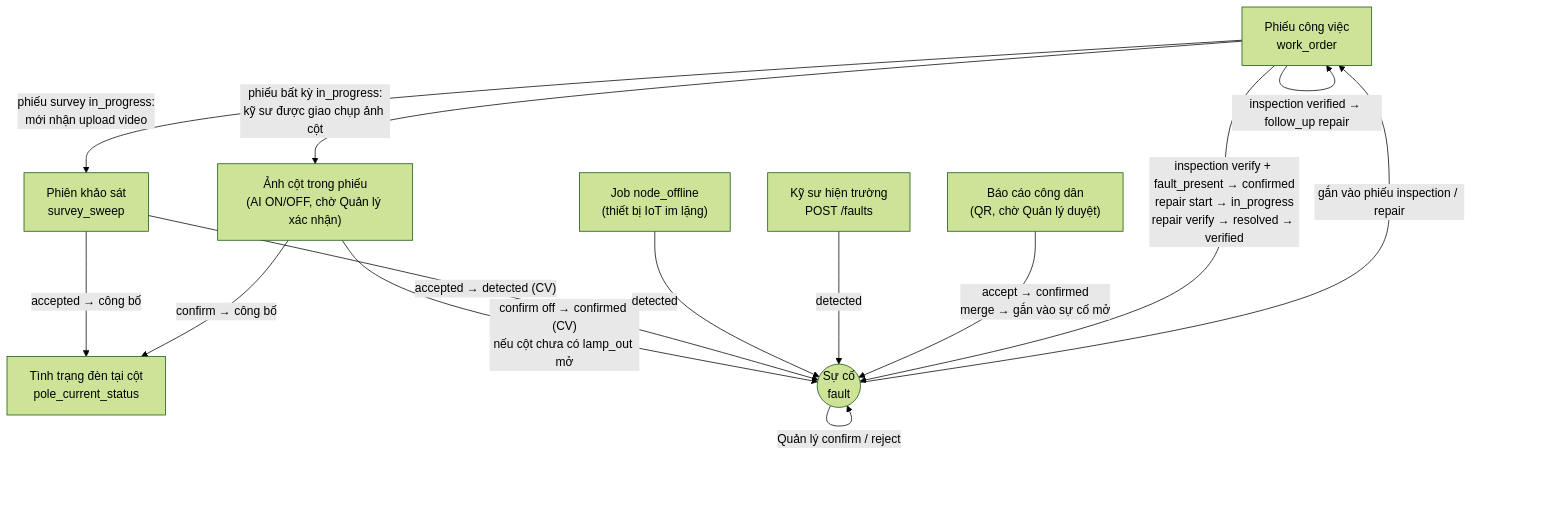
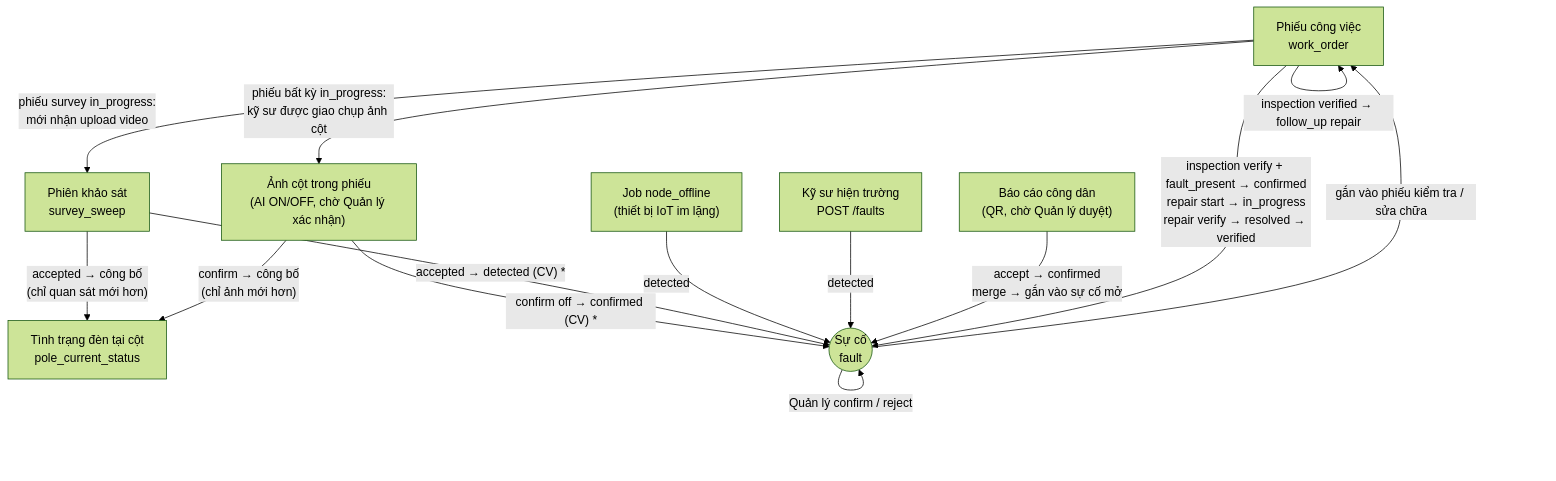
Before and after one commit to LuxMapLabs/luxmap_backend: the first of 14 diagrams in docs/state-machines.md, drawn with Mermaid (forest theme). The commit also changed other lines of this file and 1 other file, not shown here.

First line of the commit message:
docs(state-machines): re-check every diagram against the code, add fixture, relay mode and refresh token

````diff
--- a/docs/state-machines.md
+++ b/docs/state-machines.md
@@ -35,25 +44,25 @@
 ```mermaid
 flowchart TB
     WO["Phiếu công việc<br/>work_order"]
     SW["Phiên khảo sát<br/>survey_sweep"]
     IOT["Job node_offline<br/>(thiết bị IoT im lặng)"]
     FR["Kỹ sư hiện trường<br/>POST /faults"]
     CR["Báo cáo công dân<br/>(QR, chờ Quản lý duyệt)"]
     PP["Ảnh cột trong phiếu<br/>(AI ON/OFF, chờ Quản lý xác nhận)"]
     PCS["Tình trạng đèn tại cột<br/>pole_current_status"]
     F(("Sự cố<br/>fault"))
 
     WO -- "phiếu survey in_progress:<br/>mới nhận upload video" --> SW
     WO -- "phiếu bất kỳ in_progress:<br/>kỹ sư được giao chụp ảnh cột" --> PP
-    SW -- "accepted → công bố" --> PCS
-    PP -- "confirm → công bố" --> PCS
-    PP -- "confirm off → confirmed (CV)<br/>nếu cột chưa có lamp_out mở" --> F
-    SW -- "accepted → detected (CV)" --> F
+    SW -- "accepted → công bố<br/>(chỉ quan sát mới hơn)" --> PCS
+    PP -- "confirm → công bố<br/>(chỉ ảnh mới hơn)" --> PCS
+    PP -- "confirm off → confirmed (CV) *" --> F
+    SW -- "accepted → detected (CV) *" --> F
     IOT -- "detected" --> F
     FR -- "detected" --> F
     CR -- "accept → confirmed<br/>merge → gắn vào sự cố mở" --> F
     F -- "Quản lý confirm / reject" --> F
-    F -- "gắn vào phiếu inspection / repair" --> WO
+    F -- "gắn vào phiếu kiểm tra / sửa chữa" --> WO
     WO -- "inspection verify + fault_present → confirmed<br/>repair start → in_progress<br/>repair verify → resolved → verified" --> F
     WO -- "inspection verified → follow_up repair" --> WO
 ```
````
